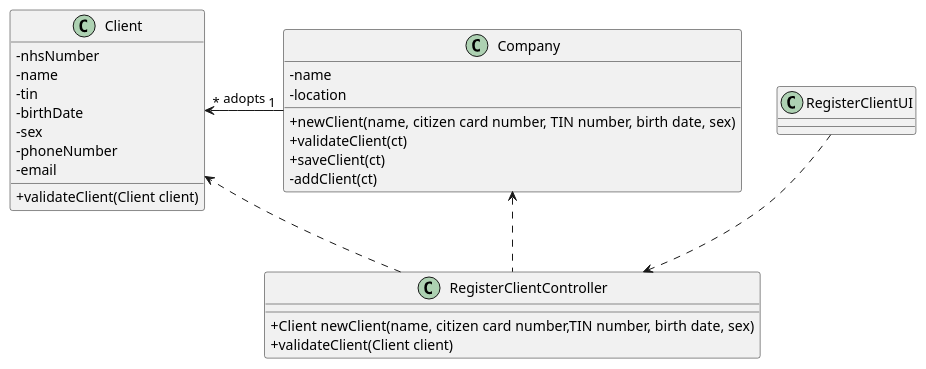
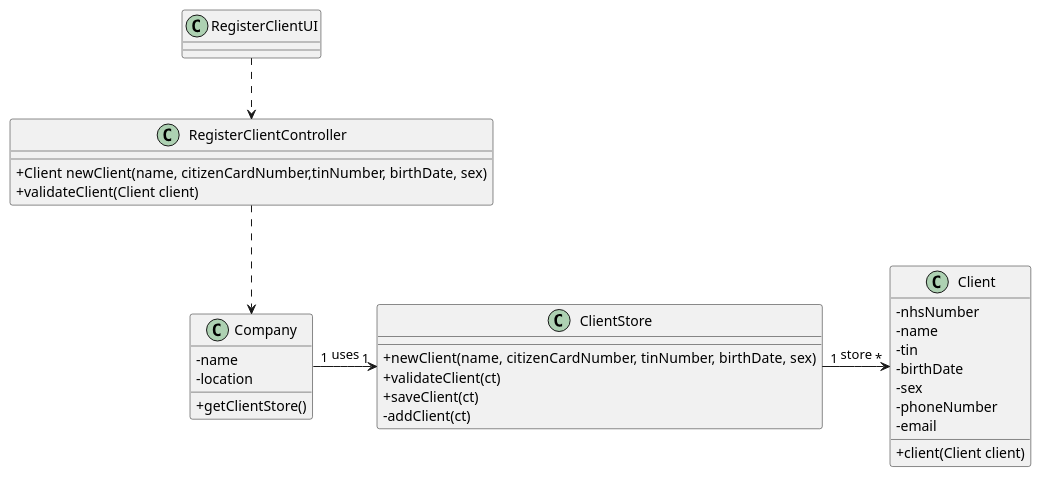
Before and after one commit to GuilhermeCunha79/lapr2: the diagram in docs/SprintB/US3/UC03_CD.puml, drawn with PlantUML. The commit also changed 3 other files, not shown here.

```diff
--- a/docs/SprintB/US3/UC03_CD.puml
+++ b/docs/SprintB/US3/UC03_CD.puml
@@ -1,40 +1,44 @@
 @startuml
 'https://plantuml.com/sequence-diagram
 skinparam classAttributeIconSize 0
 
 class RegisterClientUI
 {
 }
 
 class RegisterClientController
 {
-    +Client newClient(name, citizen card number,TIN number, birth date, sex)
+    +Client newClient(name, citizenCardNumber,tinNumber, birthDate, sex)
     +validateClient(Client client)
 }
 
-class Client
-{
+class Client{
 	-nhsNumber
     -name
     -tin
     -birthDate
     -sex
     -phoneNumber
     -email
-    +validateClient(Client client)
+    +client(Client client)
 }
 
 class Company{
 -name
 -location
-+newClient(name, citizen card number, TIN number, birth date, sex)
++getClientStore()
+}
+
+class ClientStore{
++newClient(name, citizenCardNumber, tinNumber, birthDate, sex)
 +validateClient(ct)
 +saveClient(ct)
 -addClient(ct)
 }
 
-RegisterClientUI .down.> RegisterClientController
-RegisterClientController .up.> Company
-Company"1" -up> "*"Client : adopts
-RegisterClientController .right.> Client
+RegisterClientUI ..> RegisterClientController
+RegisterClientController ..> Company
+Company"1" -> "1"ClientStore : uses
+ClientStore"1" ->"*" Client : store
+
 @enduml
```
